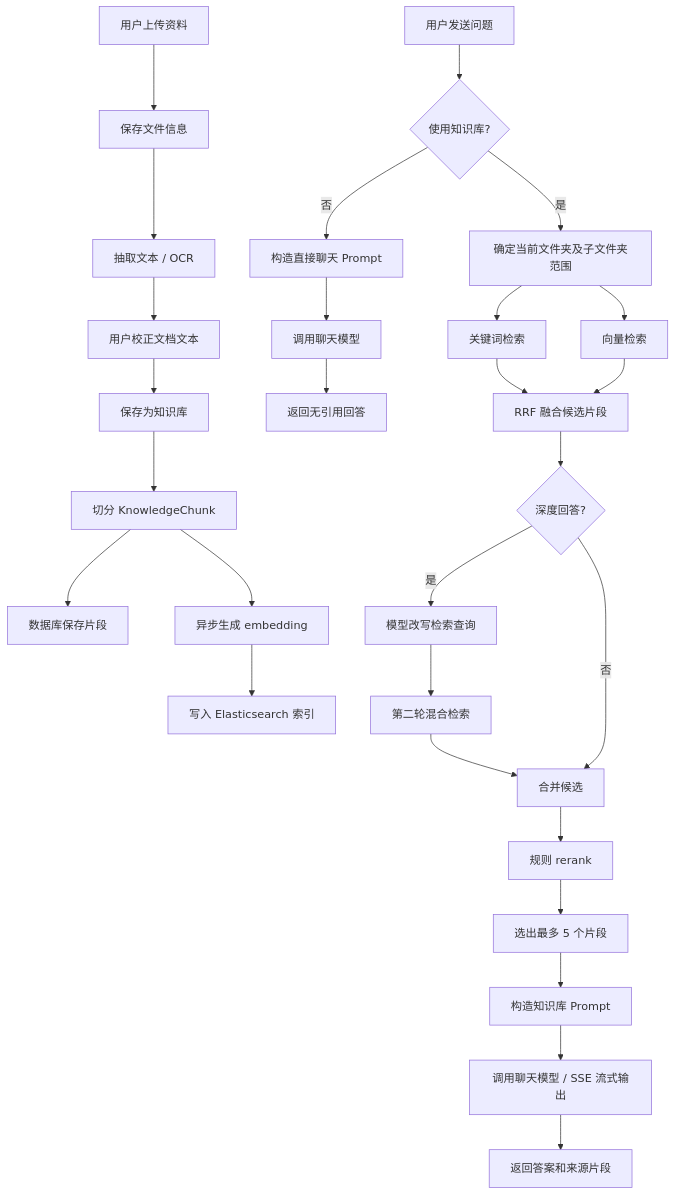
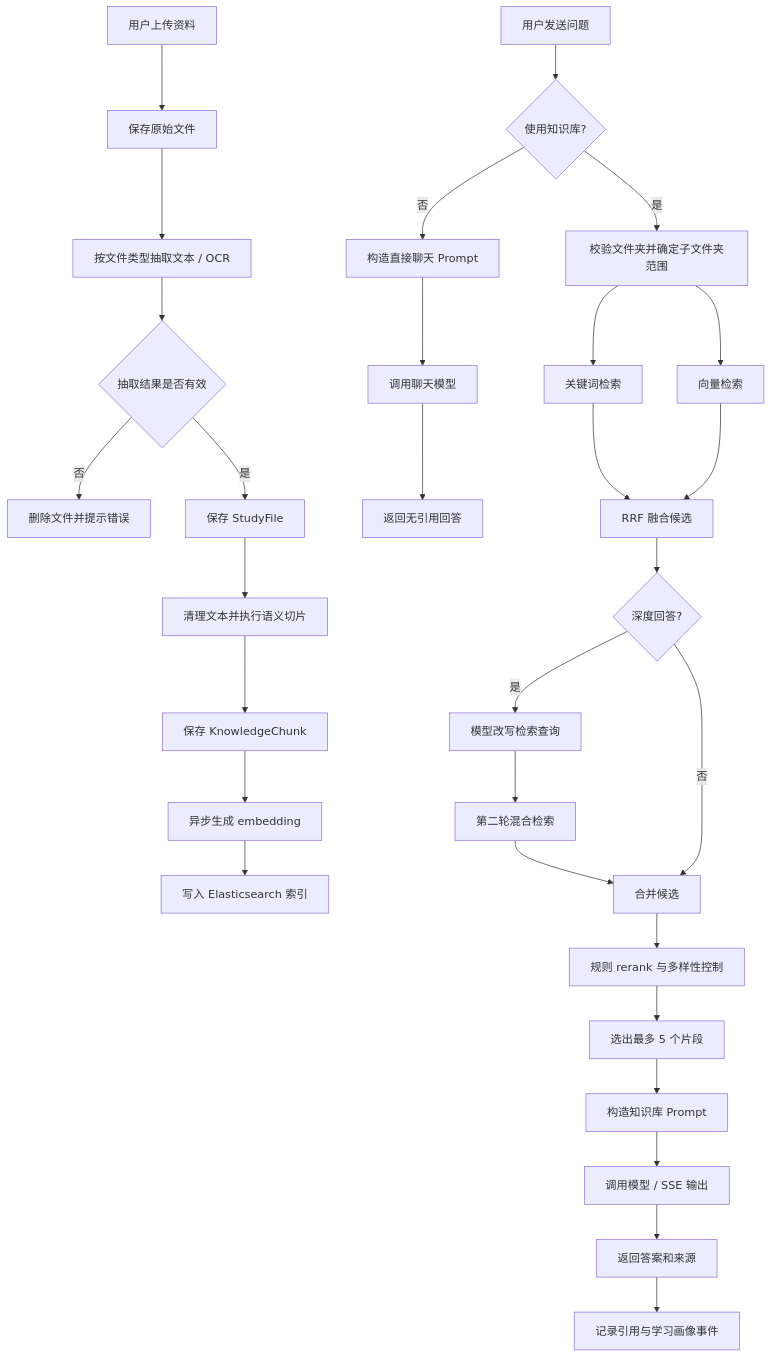
The diagram in docs/knowledge-qa-process.md (LinHonk1128/ips_java), drawn with Mermaid before and after one commit. The commit also changed other lines of this file and 48 other files, not shown here.

````diff
--- a/docs/knowledge-qa-process.md
+++ b/docs/knowledge-qa-process.md
@@ -449,32 +347,34 @@
 ```mermaid
 flowchart TD
-    A["用户上传资料"] --> B["保存文件信息"]
-    B --> C["抽取文本 / OCR"]
-    C --> D["用户校正文档文本"]
-    D --> E["保存为知识库"]
-    E --> F["切分 KnowledgeChunk"]
-    F --> G["数据库保存片段"]
-    F --> H["异步生成 embedding"]
-    H --> I["写入 Elasticsearch 索引"]
+    A["用户上传资料"] --> B["保存原始文件"]
+    B --> C["按文件类型抽取文本 / OCR"]
+    C --> D{"抽取结果是否有效"}
+    D -- "否" --> E["删除文件并提示错误"]
+    D -- "是" --> F["保存 StudyFile"]
+    F --> G["清理文本并执行语义切片"]
+    G --> H["保存 KnowledgeChunk"]
+    H --> I["异步生成 embedding"]
+    I --> J["写入 Elasticsearch 索引"]
 
-    J["用户发送问题"] --> K{"使用知识库?"}
-    K -- "否" --> L["构造直接聊天 Prompt"]
-    L --> M["调用聊天模型"]
-    M --> N["返回无引用回答"]
+    K["用户发送问题"] --> L{"使用知识库?"}
+    L -- "否" --> M["构造直接聊天 Prompt"]
+    M --> N["调用聊天模型"]
+    N --> O["返回无引用回答"]
 
-    K -- "是" --> O["确定当前文件夹及子文件夹范围"]
-    O --> P["关键词检索"]
-    O --> Q["向量检索"]
-    P --> R["RRF 融合候选片段"]
-    Q --> R
-    R --> S{"深度回答?"}
-    S -- "是" --> T["模型改写检索查询"]
-    T --> U["第二轮混合检索"]
-    U --> V["合并候选"]
-    S -- "否" --> V
-    V --> W["规则 rerank"]
-    W --> X["选出最多 5 个片段"]
-    X --> Y["构造知识库 Prompt"]
-    Y --> Z["调用聊天模型 / SSE 流式输出"]
-    Z --> AA["返回答案和来源片段"]
+    L -- "是" --> P["校验文件夹并确定子文件夹范围"]
+    P --> Q["关键词检索"]
+    P --> R["向量检索"]
+    Q --> S["RRF 融合候选"]
+    R --> S
+    S --> T{"深度回答?"}
+    T -- "是" --> U["模型改写检索查询"]
+    U --> V["第二轮混合检索"]
+    V --> W["合并候选"]
+    T -- "否" --> W
+    W --> X["规则 rerank 与多样性控制"]
+    X --> Y["选出最多 5 个片段"]
+    Y --> Z["构造知识库 Prompt"]
+    Z --> AA["调用模型 / SSE 输出"]
+    AA --> AB["返回答案和来源"]
+    AB --> AC["记录引用与学习画像事件"]
 ```
````
